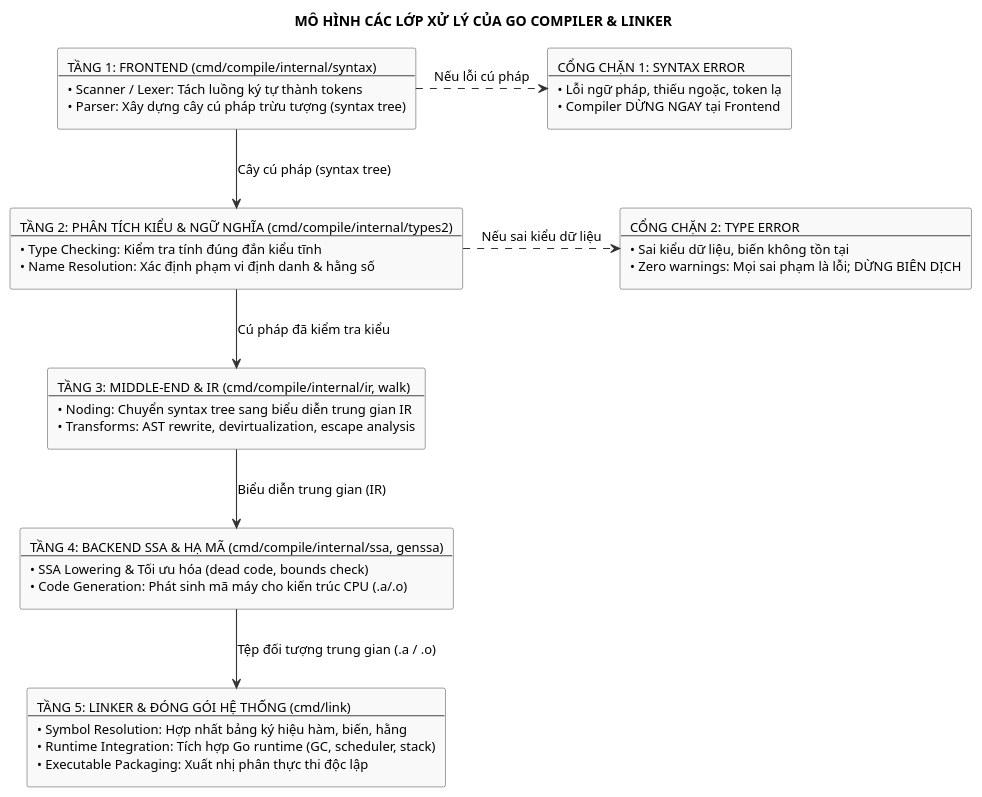
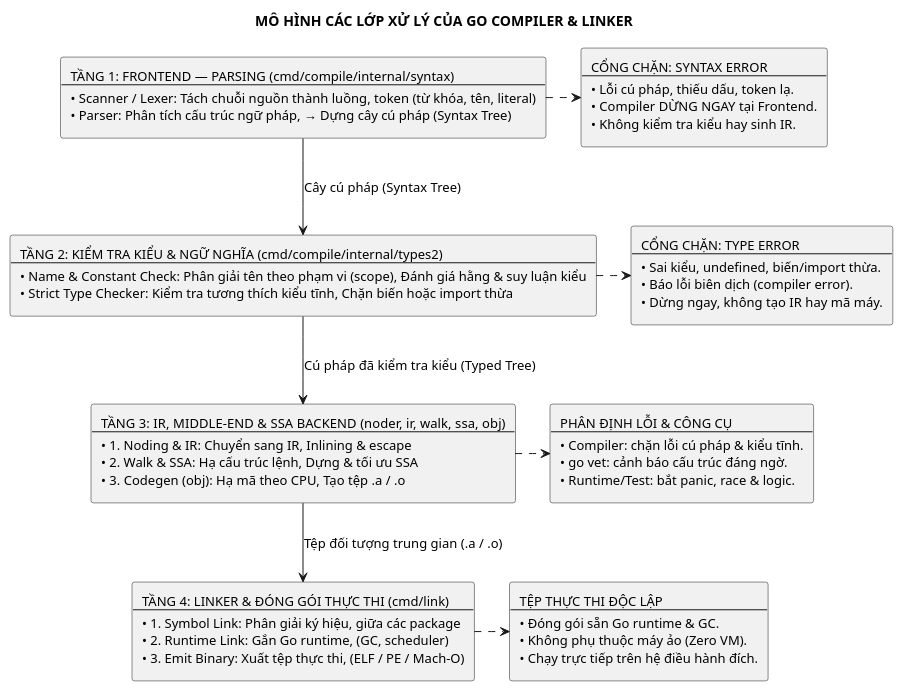
One commit to Minhlike/Golang changed the diagram in assets/diagrams/compiler-doc-go.puml. Above: the diagram before and after it, drawn with PlantUML. The commit also changed 13 other files, not shown here.

Commit message:
fix(diagrams): repair visual collisions in Figures 1-6 and enforce Matplotlib glyph bbox/border audit

```diff
--- a/assets/diagrams/compiler-doc-go.puml
+++ b/assets/diagrams/compiler-doc-go.puml
@@ -1,42 +1,29 @@
 @startuml
+' AUTHORITATIVE SOURCE OF TRUTH: scripts/render_figures_1_6.py
+' Auto-synchronized from the canonical specification in scripts/render_figures_1_6.py.
 skinparam backgroundColor white
 skinparam shadowing false
 skinparam defaultFontName "Source Sans 3"
 skinparam defaultFontSize 13
 skinparam defaultFontColor #000000
-
-skinparam rectangle {
-  BackgroundColor #F9F9F9
-  BorderColor #444444
-  FontColor #000000
-  RoundCorner 4
-}
-
-skinparam arrowColor #333333
-skinparam ArrowThickness 1.1
-
 title MÔ HÌNH CÁC LỚP XỬ LÝ CỦA GO COMPILER & LINKER
 
 top to bottom direction
 
-rectangle "TẦNG 1: FRONTEND (cmd/compile/internal/syntax)\n---\n• Scanner / Lexer: Tách luồng ký tự thành tokens\n• Parser: Xây dựng cây cú pháp trừu tượng (syntax tree)" as layer1
+rectangle "TẦNG 1: FRONTEND — PARSING (cmd/compile/internal/syntax)\n---\n• Scanner / Lexer: Tách chuỗi nguồn thành luồng, token (từ khóa, tên, literal)\n• Parser: Phân tích cấu trúc ngữ pháp, → Dựng cây cú pháp (Syntax Tree)" as layer1
+rectangle "CỔNG CHẶN: SYNTAX ERROR\n---\n• Lỗi cú pháp, thiếu dấu, token lạ.\n• Compiler DỪNG NGAY tại Frontend.\n• Không kiểm tra kiểu hay sinh IR." as side1
+rectangle "TẦNG 2: KIỂM TRA KIỂU & NGỮ NGHĨA (cmd/compile/internal/types2)\n---\n• Name & Constant Check: Phân giải tên theo phạm vi (scope), Đánh giá hằng & suy luận kiểu\n• Strict Type Checker: Kiểm tra tương thích kiểu tĩnh, Chặn biến hoặc import thừa" as layer2
+rectangle "CỔNG CHẶN: TYPE ERROR\n---\n• Sai kiểu, undefined, biến/import thừa.\n• Báo lỗi biên dịch (compiler error).\n• Dừng ngay, không tạo IR hay mã máy." as side2
+rectangle "TẦNG 3: IR, MIDDLE-END & SSA BACKEND (noder, ir, walk, ssa, obj)\n---\n• 1. Noding & IR: Chuyển sang IR, Inlining & escape\n• 2. Walk & SSA: Hạ cấu trúc lệnh, Dựng & tối ưu SSA\n• 3. Codegen (obj): Hạ mã theo CPU, Tạo tệp .a / .o" as layer3
+rectangle "PHÂN ĐỊNH LỖI & CÔNG CỤ\n---\n• Compiler: chặn lỗi cú pháp & kiểu tĩnh.\n• go vet: cảnh báo cấu trúc đáng ngờ.\n• Runtime/Test: bắt panic, race & logic." as side3
+rectangle "TẦNG 4: LINKER & ĐÓNG GÓI THỰC THI (cmd/link)\n---\n• 1. Symbol Link: Phân giải ký hiệu, giữa các package\n• 2. Runtime Link: Gắn Go runtime, (GC, scheduler)\n• 3. Emit Binary: Xuất tệp thực thi, (ELF / PE / Mach-O)" as layer4
+rectangle "TỆP THỰC THI ĐỘC LẬP\n---\n• Đóng gói sẵn Go runtime & GC.\n• Không phụ thuộc máy ảo (Zero VM).\n• Chạy trực tiếp trên hệ điều hành đích." as side4
 
-rectangle "CỔNG CHẶN 1: SYNTAX ERROR\n---\n• Lỗi ngữ pháp, thiếu ngoặc, token lạ\n• Compiler DỪNG NGAY tại Frontend" as err1
-
-rectangle "TẦNG 2: PHÂN TÍCH KIỂU & NGỮ NGHĨA (cmd/compile/internal/types2)\n---\n• Type Checking: Kiểm tra tính đúng đắn kiểu tĩnh\n• Name Resolution: Xác định phạm vi định danh & hằng số" as layer2
-
-rectangle "CỔNG CHẶN 2: TYPE ERROR\n---\n• Sai kiểu dữ liệu, biến không tồn tại\n• Zero warnings: Mọi sai phạm là lỗi; DỪNG BIÊN DỊCH" as err2
-
-rectangle "TẦNG 3: MIDDLE-END & IR (cmd/compile/internal/ir, walk)\n---\n• Noding: Chuyển syntax tree sang biểu diễn trung gian IR\n• Transforms: AST rewrite, devirtualization, escape analysis" as layer3
-
-rectangle "TẦNG 4: BACKEND SSA & HẠ MÃ (cmd/compile/internal/ssa, genssa)\n---\n• SSA Lowering & Tối ưu hóa (dead code, bounds check)\n• Code Generation: Phát sinh mã máy cho kiến trúc CPU (.a/.o)" as layer4
-
-rectangle "TẦNG 5: LINKER & ĐÓNG GÓI HỆ THỐNG (cmd/link)\n---\n• Symbol Resolution: Hợp nhất bảng ký hiệu hàm, biến, hằng\n• Runtime Integration: Tích hợp Go runtime (GC, scheduler, stack)\n• Executable Packaging: Xuất nhị phân thực thi độc lập" as layer5
-
-layer1 --> layer2 : Cây cú pháp (syntax tree)
-layer1 .right.> err1 : Nếu lỗi cú pháp
-layer2 --> layer3 : Cú pháp đã kiểm tra kiểu
-layer2 .right.> err2 : Nếu sai kiểu dữ liệu
-layer3 --> layer4 : Biểu diễn trung gian (IR)
-layer4 --> layer5 : Tệp đối tượng trung gian (.a / .o)
+layer1 .right.> side1
+layer1 --> layer2 : Cây cú pháp (Syntax Tree)
+layer2 .right.> side2
+layer2 --> layer3 : Cú pháp đã kiểm tra kiểu (Typed Tree)
+layer3 .right.> side3
+layer3 --> layer4 : Tệp đối tượng trung gian (.a / .o)
+layer4 .right.> side4
 @enduml
```
